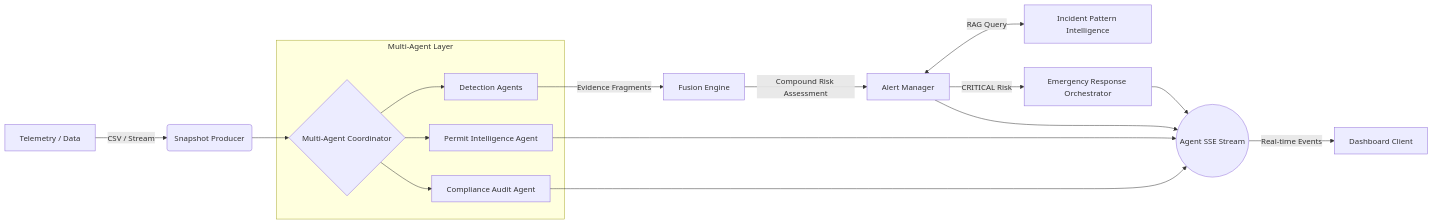
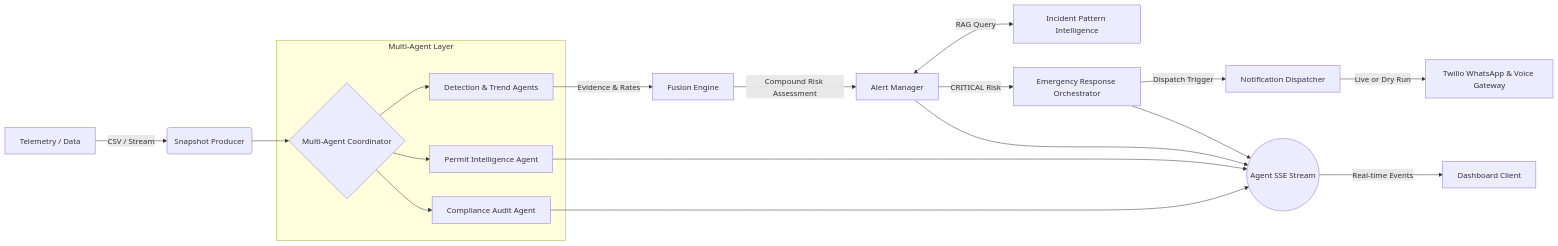
Before and after one commit to Mahatva777/IndusIntel-AI: the second of 3 diagrams in README.md, drawn with Mermaid. The commit also changed other lines of this file and 11 other files, not shown here.

Commit message:
feat(emergency-orchestrator): add multi-channel Twilio dispatch, predictive lead-time projections, and UI control plane

````diff
--- a/README.md
+++ b/README.md
@@ -83,23 +95,26 @@
 ```mermaid
 flowchart LR
     A[Telemetry / Data] -->|CSV / Stream| B(Snapshot Producer)
     B --> C{Multi-Agent Coordinator}
     
     subgraph Multi-Agent Layer
-        C --> R1[Detection Agents]
+        C --> R1[Detection & Trend Agents]
         C --> R2[Permit Intelligence Agent]
         C --> R3[Compliance Audit Agent]
     end
     
-    R1 -->|Evidence Fragments| D[Fusion Engine]
+    R1 -->|Evidence & Rates| D[Fusion Engine]
     D -->|Compound Risk Assessment| E[Alert Manager]
     E <-->|RAG Query| F[Incident Pattern Intelligence]
     E -->|CRITICAL Risk| G[Emergency Response Orchestrator]
+    
+    G -->|Dispatch Trigger| N[Notification Dispatcher]
+    N -->|Live or Dry Run| T[Twilio WhatsApp & Voice Gateway]
     
     R2 --> H
     R3 --> H
     E --> H
     G --> H
     
     H((Agent SSE Stream)) -->|Real-time Events| I[Dashboard Client]
 ```
````
